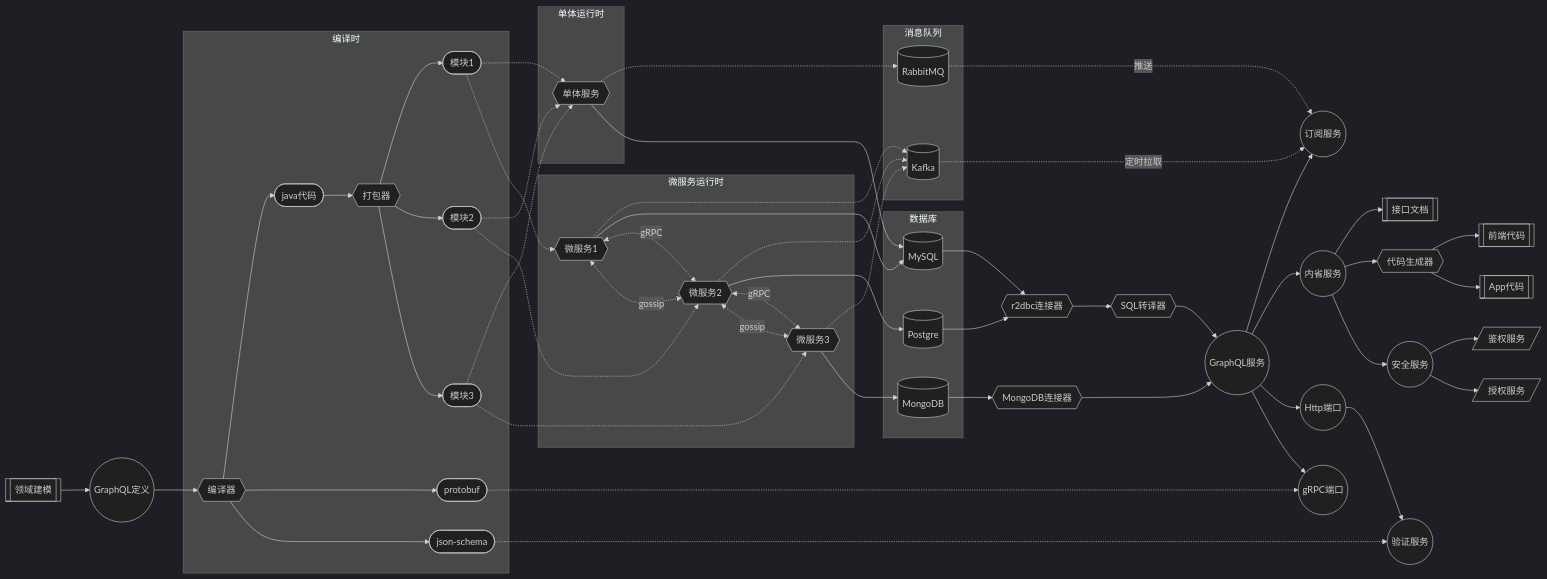
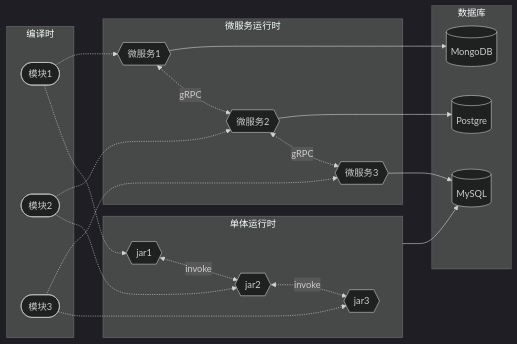
Before and after one commit to doukai/gp-doc.github.io: the ninth of 12 diagrams in docs/intro.md, drawn with Mermaid (dark theme). The commit also changed other lines of this file, not shown here.

````diff
--- a/docs/intro.md
+++ b/docs/intro.md
@@ -167,84 +281,37 @@
 ```mermaid
 flowchart LR
-    uml[[领域建模]]
-    schema((GraphQL定义))
-    graphql((GraphQL服务))
-    r2dbc{{r2dbc连接器}}
-    sql{{SQL转译器}}
-    mongodb{{MongoDB连接器}}
-    subscription((订阅服务))
-    http((Http端口))
-    grpc((gRPC端口))
-    introspection((内省服务))
-    authentication[/鉴权服务/]
-    authorization[/授权服务/]
-    validate((验证服务))
-    doc[[接口文档]]
-    codegen{{代码生成器}}
-    web[[前端代码]]
-    app[[App代码]]
-    security((安全服务))
-    uml --> schema
-    schema --> compiler
-    introspection --> doc
-    graphql --> subscription
-    graphql --> introspection --> codegen --> web & app
-    graphql --> http & grpc
-    http --> validate
-    introspection --> security --> authentication & authorization
-    compiler --> java --> packager
-    compiler --> protobuf -.-> grpc
-    compiler --> jsonSchema -.-> validate
-    mq1 -. 推送 .-> subscription
-    mq2 -. 定时拉取 .-> subscription
-    db2 & db1 --> r2dbc --> sql --> graphql
-    db3 --> mongodb --> graphql
     subgraph 编译时
-    packager{{打包器}}
-    pkg1([模块1])
-    pkg2([模块2])
-    pkg3([模块3])
-    packager --> pkg1
-    packager --> pkg2
-    packager --> pkg3
-    compiler{{编译器}}
-    jsonSchema([json-schema])
-    protobuf([protobuf])
-    java([java代码])
+        pkg1([模块1])
+        pkg2([模块2])
+        pkg3([模块3])
     end
-    subgraph 单体运行时
-    mono{{单体服务}}
-    pkg1 -.-> mono
-    pkg2 -.-> mono
-    pkg3 -.-> mono
-    end
-    subgraph 微服务运行时
-    micro1{{微服务1}}
-    micro2{{微服务2}}
-    micro3{{微服务3}}
+    pkg1 -.-> mono1
+    pkg2 -.-> mono2
+    pkg3 -.-> mono3
     pkg1 -.-> micro1
     pkg2 -.-> micro2
     pkg3 -.-> micro3
+    subgraph 单体运行时
+        mono1{{jar1}}
+        mono2{{jar2}}
+        mono3{{jar3}}
+        mono1 <-. invoke .-> mono2
+        mono2 <-. invoke .-> mono3
     end
-    subgraph 消息队列
-    mq1[(RabbitMQ)]
-    mq2[(Kafka)]
+    subgraph 微服务运行时
+        micro1{{微服务1}}
+        micro2{{微服务2}}
+        micro3{{微服务3}}
+        micro1 <-. gRPC .-> micro2
+        micro2 <-. gRPC .-> micro3
     end
     subgraph 数据库
-    db1[(MySQL)]
-    db2[(Postgre)]
-    db3[(MongoDB)]
-    mono -.-> mq1
-    mono --> db1
-    micro1 -.-> mq2
-    micro2 -.-> mq2
-    micro3 -.-> mq2
-    micro1 --> db1
+        db1[(MySQL)]
+        db2[(Postgre)]
+        db3[(MongoDB)]
+    end
+    单体运行时 --> db1
+    micro1 --> db3
     micro2 --> db2
-    micro3 --> db3
-    micro1 <-. gRPC .-> micro2
-    micro2 <-. gRPC .-> micro3
-    micro1 <-. gossip .-> micro2
-    micro2 <-. gossip .-> micro3
-    end
+    micro3 --> db1
 ```
````
